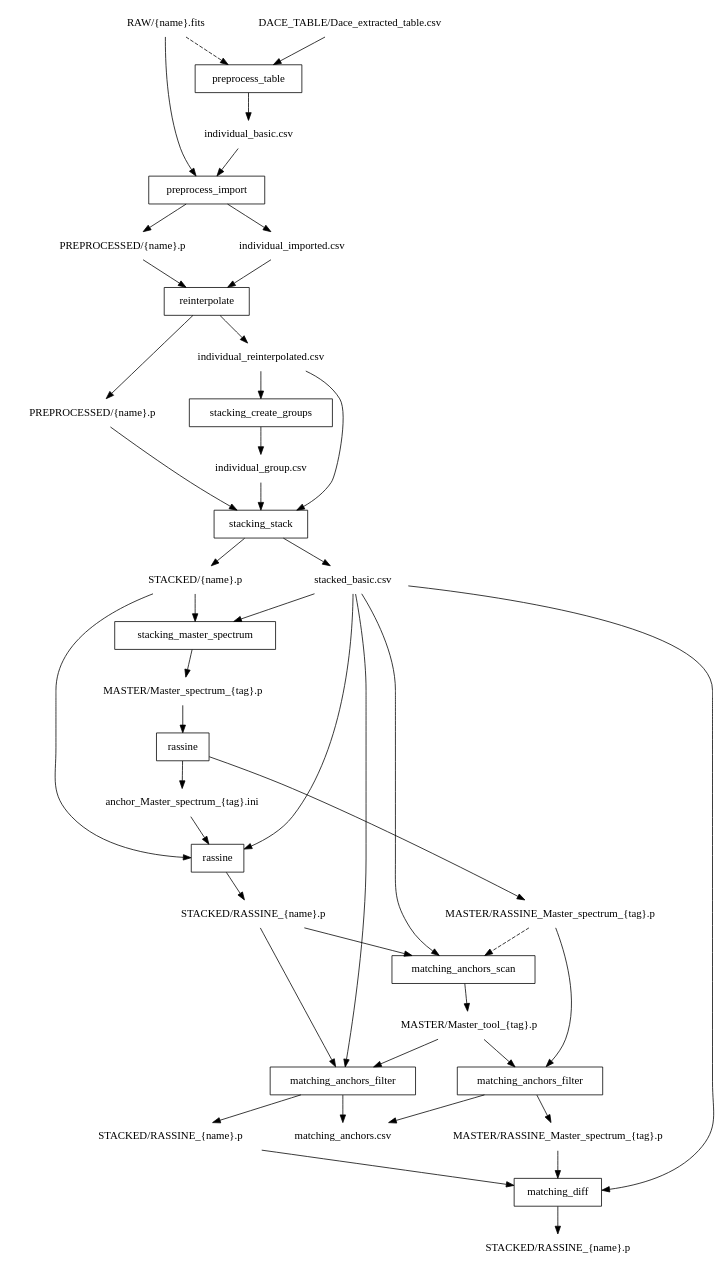
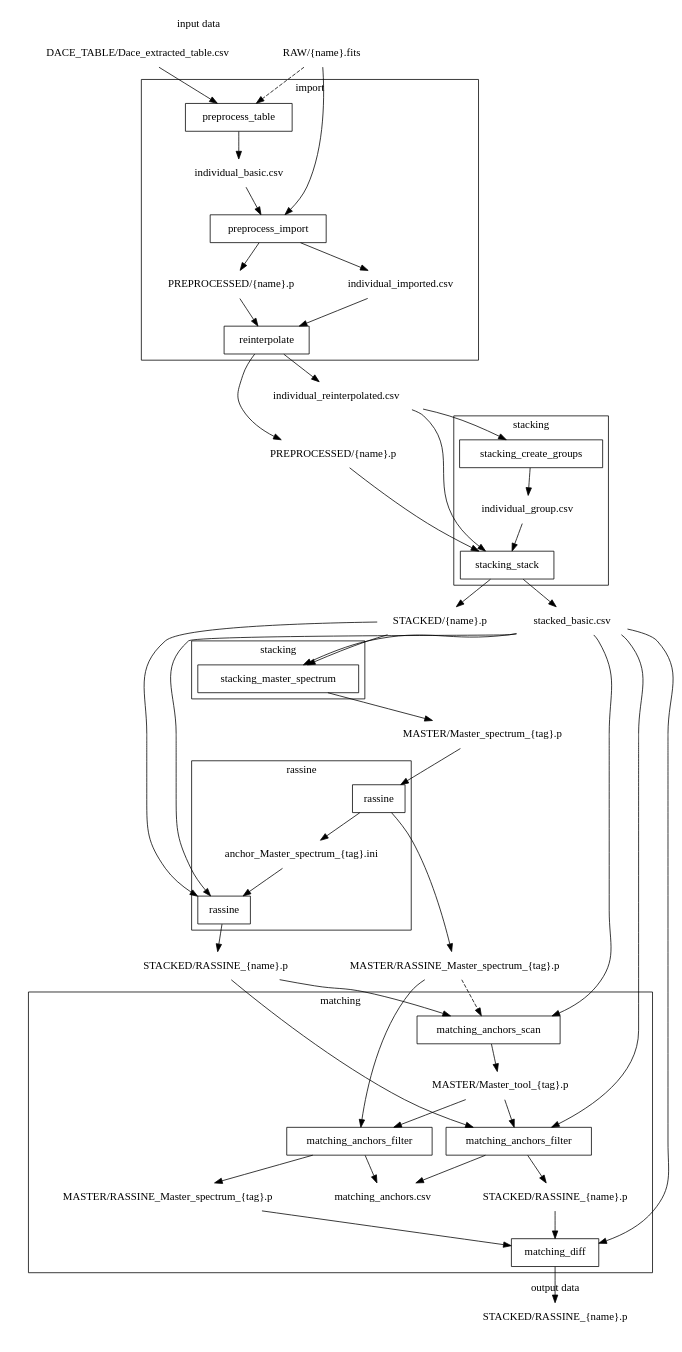
Before and after one commit to pegasilab/rassine: the diagram in docs/source/graph.rst, drawn with Graphviz.

Commit message:
split parts in rassine graph

```diff
--- a/docs/source/graph.rst
+++ b/docs/source/graph.rst
@@ -4,118 +4,146 @@
 .. graphviz::
     
     digraph process {
+        newrank=false
+        subgraph cluster_input_data {
+        label="input data"
+        peripheries=0
+        "RAW/{name}.fits" [shape=none]
+        "DACE_TABLE/Dace_extracted_table.csv" [shape=none]
+        }
 
-        "RAW/{name}.fits" [shape=none]
-       "DACE_TABLE/Dace_extracted_table.csv"  [shape=none]
-       "preprocess_table" [shape=box, href="../cli/preprocess_table.html", target="_top"]
-        "RAW/{name}.fits" -> "preprocess_table" [style="dashed"]
-        "DACE_TABLE/Dace_extracted_table.csv" -> "preprocess_table"
-        "preprocess_table" -> "individual_basic.csv"
-
-       "preprocess_import" [shape=box, href="../cli/preprocess_import.html", target="_top"]
-        "individual_basic.csv" -> "preprocess_import"
-        "RAW/{name}.fits" -> "preprocess_import"
-
-        "individual_basic.csv" [shape=none]
-
-        "preprocess_import" -> "PREPROCESSED/{name}.p"
-        "preprocess_import" -> "individual_imported.csv"
-
-        "PREPROCESSED/{name}.p" [shape=none]
-
-        "individual_imported.csv" [shape=none]
-
-        "individual_imported.csv" -> "reinterpolate"
-        "PREPROCESSED/{name}.p" -> "reinterpolate"
-
-        "reinterpolate"  [shape=box, href="../cli/reinterpolate.html", target="_top"]
-        "reinterpolate" -> "PREPROCESSED/{name}.p (bis)"
-        "reinterpolate" -> "individual_reinterpolated.csv"
-
+        subgraph cluster_data0 {
+        peripheries=0
         "PREPROCESSED/{name}.p (bis)" [shape="none", label="PREPROCESSED/{name}.p"]
 
         "individual_reinterpolated.csv" [shape="none"]
-
-        "stacking_create_groups" [shape="box", href="../cli/stacking_create_groups.html", target="_top"]
-        "individual_reinterpolated.csv" -> "stacking_create_groups"
-        "stacking_create_groups" -> "individual_group.csv"
-
-        "individual_group.csv" [shape="none"]
-
-        "stacking_stack" [shape="box", href="../cli/stacking_stack.html", target="_top"]
-
-        "individual_group.csv" -> "stacking_stack"
-        "individual_reinterpolated.csv" -> "stacking_stack"
-        "PREPROCESSED/{name}.p (bis)" -> "stacking_stack"
-        "stacking_stack" -> "stacked_basic.csv"
-        "stacking_stack" -> "STACKED/{name}.p"
-
+        }
+        subgraph cluster_data1        {
+        peripheries=0
         "stacked_basic.csv" [shape="none"]
         "STACKED/{name}.p" [shape="none"]
+        "MASTER/Master_spectrum_{tag}.p" [shape=none]
+        }
+        subgraph cluster_data2         {
+        peripheries=0
+        "MASTER/RASSINE_Master_spectrum_{tag}.p" [shape=none]
+        "STACKED/RASSINE_{name}.p" [shape=none]
+        }
 
-        "stacking_master_spectrum" [shape="box", href="../cli/stacking_master_spectrum.html", target="_top"]
-        "STACKED/{name}.p" -> "stacking_master_spectrum"
-        "stacked_basic.csv" -> "stacking_master_spectrum"
-        "stacking_master_spectrum" -> "MASTER/Master_spectrum_{tag}.p"
+        subgraph cluster_output_data {
+        label="output data"
+        peripheries=0
+        "STACKED/RASSINE_{name}.p (ter)" [shape=none,label="STACKED/RASSINE_{name}.p"]
+        }
+        subgraph cluster_import {
+            label="import"
+            "preprocess_table" [shape=box, href="../cli/preprocess_table.html", target="_top"]
+                "RAW/{name}.fits" -> "preprocess_table" [style="dashed"]
+                "DACE_TABLE/Dace_extracted_table.csv" -> "preprocess_table"
+                "preprocess_table" -> "individual_basic.csv"
 
-         "MASTER/Master_spectrum_{tag}.p" [shape=none]
+            "preprocess_import" [shape=box, href="../cli/preprocess_import.html", target="_top"]
+            "individual_basic.csv" -> "preprocess_import"
+            "RAW/{name}.fits" -> "preprocess_import"
 
-        "rassine1" [label="rassine", shape="box", href="../cli/rassine.html", target="_top"]
-        "rassine2" [label="rassine", shape="box", href="../cli/rassine.html", target="_top"]
+            "individual_basic.csv" [shape=none]
 
-        "MASTER/Master_spectrum_{tag}.p" -> "rassine1"
-        "rassine1" -> "anchor_Master_spectrum_{tag}.ini"
-        "rassine1" -> "MASTER/RASSINE_Master_spectrum_{tag}.p"
+            "preprocess_import" -> "PREPROCESSED/{name}.p"
+            "preprocess_import" -> "individual_imported.csv"
 
-        "MASTER/RASSINE_Master_spectrum_{tag}.p" [shape=none]
+            "PREPROCESSED/{name}.p" [shape=none]
 
-        "anchor_Master_spectrum_{tag}.ini" [shape=none]
+            "individual_imported.csv" [shape=none]
 
-        "STACKED/{name}.p" -> "rassine2"
-        "anchor_Master_spectrum_{tag}.ini" -> "rassine2"
-        "stacked_basic.csv" -> "rassine2"
-        "rassine2" -> "STACKED/RASSINE_{name}.p"
+            "individual_imported.csv" -> "reinterpolate"
+            "PREPROCESSED/{name}.p" -> "reinterpolate"
 
-        "STACKED/RASSINE_{name}.p" [shape=none]
+            "reinterpolate"  [shape=box, href="../cli/reinterpolate.html", target="_top"]
+            "reinterpolate" -> "PREPROCESSED/{name}.p (bis)"
+            "reinterpolate" -> "individual_reinterpolated.csv"
 
-        "stacked_basic.csv" -> "matching_anchors_scan"
-        "STACKED/RASSINE_{name}.p" -> "matching_anchors_scan"
-        "MASTER/RASSINE_Master_spectrum_{tag}.p" -> "matching_anchors_scan" [style="dashed"]
-        "matching_anchors_scan" -> "MASTER/Master_tool_{tag}.p"
+        }
+        subgraph cluster_stacking1 {
+            label="stacking"
+            "stacking_create_groups" [shape="box", href="../cli/stacking_create_groups.html", target="_top"]
+            "individual_reinterpolated.csv" -> "stacking_create_groups"
+            "stacking_create_groups" -> "individual_group.csv"
 
-        "matching_anchors_scan" [shape=box, href="../cli/matching_anchors_scan.html", target="_top"]
+            "individual_group.csv" [shape="none"]
 
-        "MASTER/Master_tool_{tag}.p" [shape=none]
+            "stacking_stack" [shape="box", href="../cli/stacking_stack.html", target="_top"]
 
-        "matching_anchors_filter1" [label="matching_anchors_filter", shape=box, href="../cli/matching_anchors_filter.html", target="_top"]
-
-        "stacked_basic.csv" -> "matching_anchors_filter1"
-        "STACKED/RASSINE_{name}.p" -> "matching_anchors_filter1"
-        "MASTER/Master_tool_{tag}.p" -> "matching_anchors_filter1"
-        "matching_anchors_filter1" -> "STACKED/RASSINE_{name}.p (bis)"
-        "matching_anchors_filter1" -> "matching_anchors.csv"
-
-        "matching_anchors_filter2" [label="matching_anchors_filter", shape=box, href="../cli/matching_anchors_filter.html", target="_top"]
-        "MASTER/RASSINE_Master_spectrum_{tag}.p" -> "matching_anchors_filter2"
-        "MASTER/Master_tool_{tag}.p" -> "matching_anchors_filter2"
-        "matching_anchors_filter2" -> "MASTER/RASSINE_Master_spectrum_{tag}.p (bis)"
-        "matching_anchors_filter2" -> "matching_anchors.csv"
-
-        "MASTER/RASSINE_Master_spectrum_{tag}.p (bis)" [shape=none, label="MASTER/RASSINE_Master_spectrum_{tag}.p"]
-
-        "STACKED/RASSINE_{name}.p (bis)" [shape=none,label="STACKED/RASSINE_{name}.p"]
-        "matching_anchors.csv" [shape=none]
+            "individual_group.csv" -> "stacking_stack"
+            "individual_reinterpolated.csv" -> "stacking_stack"
+            "PREPROCESSED/{name}.p (bis)" -> "stacking_stack"
+            "stacking_stack" -> "stacked_basic.csv"
+            "stacking_stack" -> "STACKED/{name}.p"
 
 
-        "matching_diff" [shape=box, href="../cli/matching_diff.html", target="_top"]
 
-        "matching_diff" [shape=box]
-        "MASTER/RASSINE_Master_spectrum_{tag}.p (bis)" -> "matching_diff"
-        "stacked_basic.csv" -> "matching_diff"
-        "STACKED/RASSINE_{name}.p (bis)" -> "matching_diff"
-        "matching_diff" -> "STACKED/RASSINE_{name}.p (ter)"
+        }
+        subgraph cluster_stacking2 {
+            label="stacking"
+            "stacking_master_spectrum" [shape="box", href="../cli/stacking_master_spectrum.html", target="_top"]
+            "STACKED/{name}.p" -> "stacking_master_spectrum"
+            "stacked_basic.csv" -> "stacking_master_spectrum"
+            "stacking_master_spectrum" -> "MASTER/Master_spectrum_{tag}.p"
+        }
+        subgraph cluster_rassine {
+            label="rassine"
+            "rassine1" [label="rassine", shape="box", href="../cli/rassine.html", target="_top"]
+            "rassine2" [label="rassine", shape="box", href="../cli/rassine.html", target="_top"]
+
+            "MASTER/Master_spectrum_{tag}.p" -> "rassine1"
+            "rassine1" -> "anchor_Master_spectrum_{tag}.ini"
+            "rassine1" -> "MASTER/RASSINE_Master_spectrum_{tag}.p"
 
 
-        "STACKED/RASSINE_{name}.p (ter)" [shape=none,label="STACKED/RASSINE_{name}.p"]
+            "anchor_Master_spectrum_{tag}.ini" [shape=none]
 
+            "STACKED/{name}.p" -> "rassine2"
+            "anchor_Master_spectrum_{tag}.ini" -> "rassine2"
+            "stacked_basic.csv" -> "rassine2"
+            "rassine2" -> "STACKED/RASSINE_{name}.p"
+
+        }
+        subgraph cluster_matching {
+            label="matching"
+            "stacked_basic.csv" -> "matching_anchors_scan"
+            "STACKED/RASSINE_{name}.p" -> "matching_anchors_scan"
+            "MASTER/RASSINE_Master_spectrum_{tag}.p" -> "matching_anchors_scan" [style="dashed"]
+            "matching_anchors_scan" -> "MASTER/Master_tool_{tag}.p"
+
+            "matching_anchors_scan" [shape=box, href="../cli/matching_anchors_scan.html", target="_top"]
+
+            "MASTER/Master_tool_{tag}.p" [shape=none]
+
+            "matching_anchors_filter1" [label="matching_anchors_filter", shape=box, href="../cli/matching_anchors_filter.html", target="_top"]
+
+            "stacked_basic.csv" -> "matching_anchors_filter1"
+            "STACKED/RASSINE_{name}.p" -> "matching_anchors_filter1"
+            "MASTER/Master_tool_{tag}.p" -> "matching_anchors_filter1"
+            "matching_anchors_filter1" -> "STACKED/RASSINE_{name}.p (bis)"
+            "matching_anchors_filter1" -> "matching_anchors.csv"
+
+            "matching_anchors_filter2" [label="matching_anchors_filter", shape=box, href="../cli/matching_anchors_filter.html", target="_top"]
+            "MASTER/RASSINE_Master_spectrum_{tag}.p" -> "matching_anchors_filter2"
+            "MASTER/Master_tool_{tag}.p" -> "matching_anchors_filter2"
+            "matching_anchors_filter2" -> "MASTER/RASSINE_Master_spectrum_{tag}.p (bis)"
+            "matching_anchors_filter2" -> "matching_anchors.csv"
+
+            "MASTER/RASSINE_Master_spectrum_{tag}.p (bis)" [shape=none, label="MASTER/RASSINE_Master_spectrum_{tag}.p"]
+
+            "STACKED/RASSINE_{name}.p (bis)" [shape=none,label="STACKED/RASSINE_{name}.p"]
+            "matching_anchors.csv" [shape=none]
+
+
+            "matching_diff" [shape=box, href="../cli/matching_diff.html", target="_top"]
+
+            "matching_diff" [shape=box]
+            "MASTER/RASSINE_Master_spectrum_{tag}.p (bis)" -> "matching_diff"
+            "stacked_basic.csv" -> "matching_diff"
+            "STACKED/RASSINE_{name}.p (bis)" -> "matching_diff"
+            "matching_diff" -> "STACKED/RASSINE_{name}.p (ter)"
+        }
     }
```
